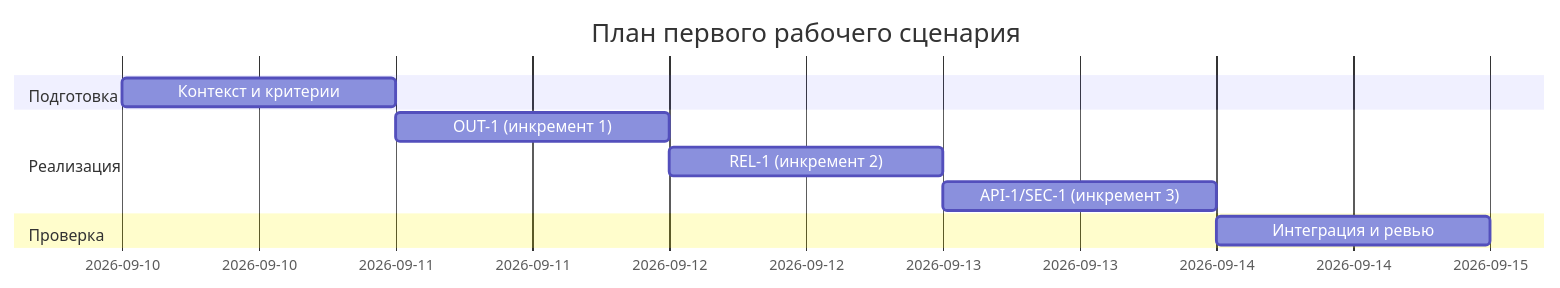
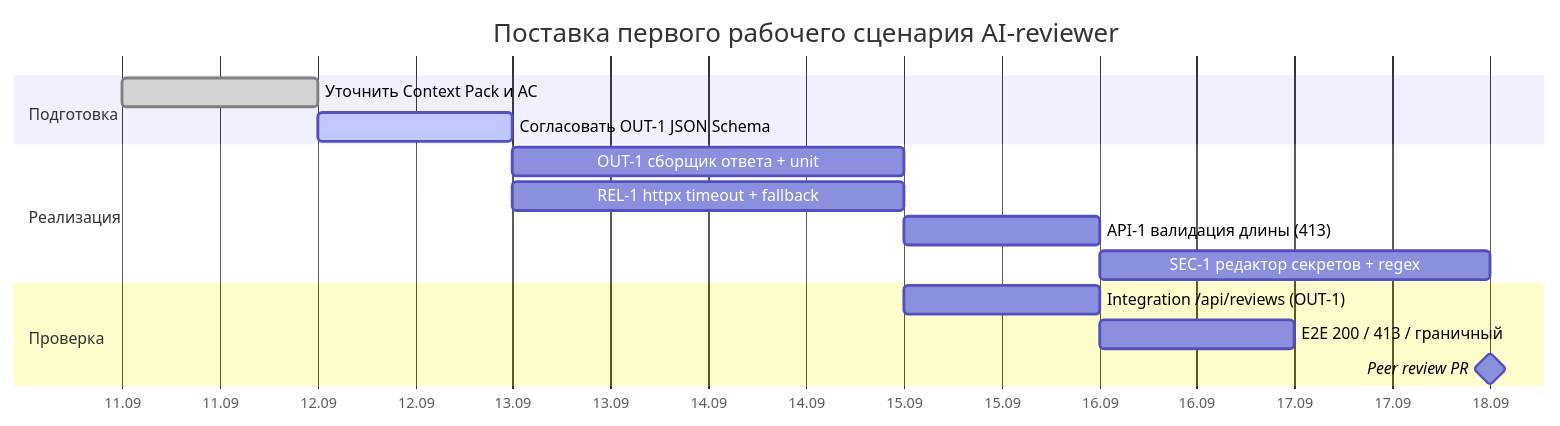
One commit to ai-course-avito/ITMOv2 changed the diagram in practices/practice_01/project_management.md. Above: the diagram before and after it, drawn with Mermaid. The commit also changed other lines of this file and 11 other files, not shown here.

Commit message:
practice 1: finalize SDLC artifacts, ready for peer review

````diff
--- a/practices/practice_01/project_management.md
+++ b/practices/practice_01/project_management.md
@@ -13,13 +13,21 @@
 ```mermaid
 gantt
-    title План первого рабочего сценария
+    title Поставка первого рабочего сценария AI-reviewer
     dateFormat  YYYY-MM-DD
+    axisFormat  %d.%m
+
     section Подготовка
-    Контекст и критерии :a1, 2026-09-10, 1d
+    Уточнить Context Pack и AC        :done,   a1, 2026-09-11, 1d
+    Согласовать OUT-1 JSON Schema     :active, a2, 2026-09-12, 1d
+
     section Реализация
-    OUT-1 (инкремент 1) :a2, after a1, 1d
-    REL-1 (инкремент 2) :a3, after a2, 1d
-    API-1/SEC-1 (инкремент 3) :a4, after a3, 1d
+    OUT-1 сборщик ответа + unit        :b1, after a2, 2d
+    REL-1 httpx timeout + fallback     :b2, after a2, 2d
+    API-1 валидация длины (413)        :b3, after b1, 1d
+    SEC-1 редактор секретов + regex    :b4, after b3, 2d
+
     section Проверка
-    Интеграция и ревью :a5, after a4, 1d
+    Integration /api/reviews (OUT-1)   :c1, after b2, 1d
+    E2E 200 / 413 / граничный          :c2, after b3, 1d
+    Peer review PR                     :milestone, m1, after b4 c1 c2, 0d
 ```
````
